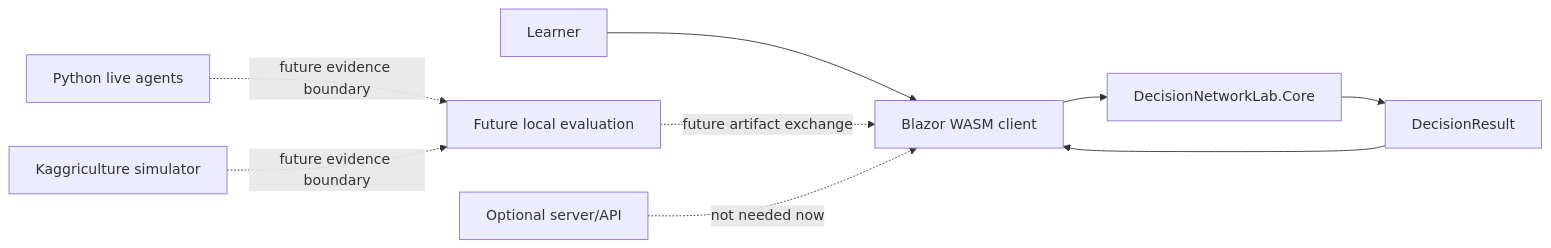
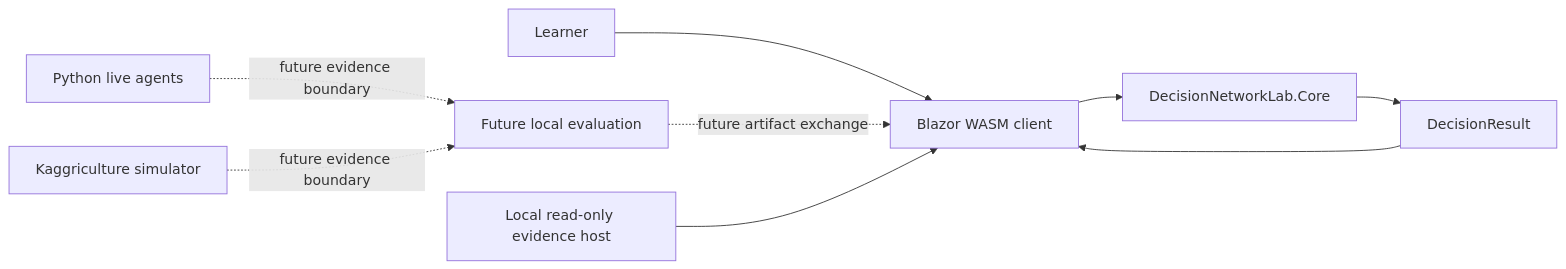
Before and after one commit to Applied-Agent-Works/kaggriculture: the second of 6 diagrams in labs/decision-network-lab/README.md, drawn with Mermaid. The commit also changed other lines of this file and 26 other files, not shown here.

````diff
--- a/labs/decision-network-lab/README.md
+++ b/labs/decision-network-lab/README.md
@@ -284,12 +317,12 @@
 ```mermaid
 flowchart LR
     User["Learner"] --> Client["Blazor WASM client"]
     Client --> Core["DecisionNetworkLab.Core"]
     Core --> Result["DecisionResult"]
     Result --> Client
 
     Python["Python live agents"] -. "future evidence boundary" .-> Evaluation["Future local evaluation"]
     Simulator["Kaggriculture simulator"] -. "future evidence boundary" .-> Evaluation
     Evaluation -. "future artifact exchange" .-> Client
-    Server["Optional server/API"] -. "not needed now" .-> Client
+    Server["Local read-only evidence host"] --> Client
 ```
````
